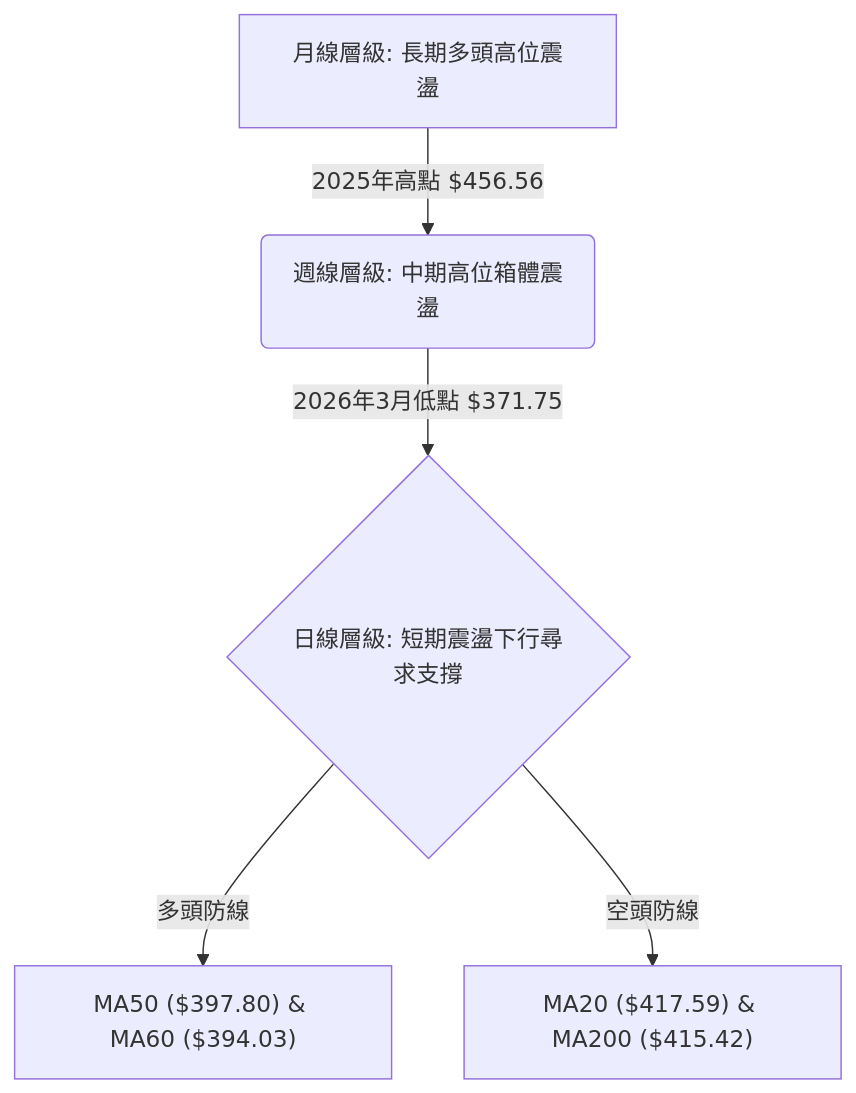
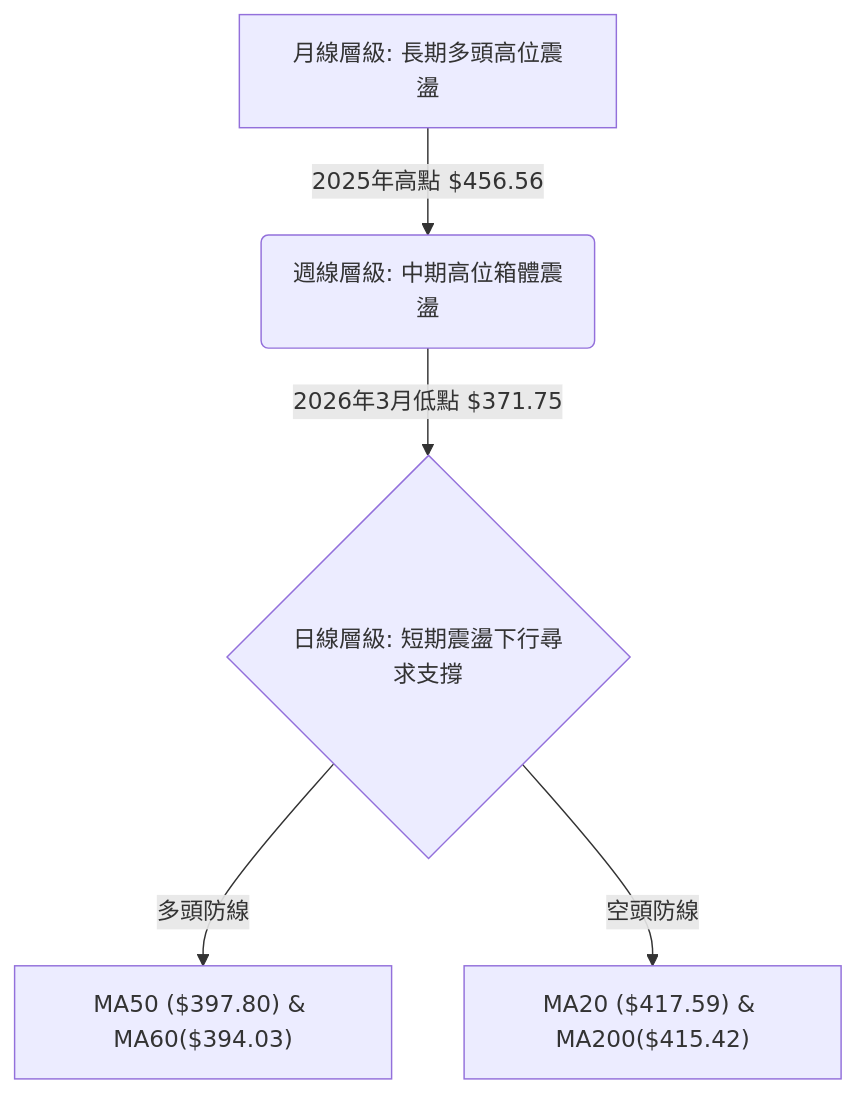
One commit to yennanliu/finance_data changed the second of 4 diagrams in ai_gen_report/stock/tsla/technical_analysis_2026-06-11_gemini.md. Above: the diagram before and after it, drawn with Mermaid. The commit also changed other lines of this file and 2258 other files, not shown here.

First line of the commit message:
chore: backfill Mermaid syntax repair across existing reports

````diff
--- a/ai_gen_report/stock/tsla/technical_analysis_2026-06-11_gemini.md
+++ b/ai_gen_report/stock/tsla/technical_analysis_2026-06-11_gemini.md
@@ -110,7 +110,7 @@
 ```mermaid
 graph TD
-    A[月線層級: 長期多頭高位震盪] -->|2025年高點 $456.56| B(週線層級: 中期高位箱體震盪)
-    B -->|2026年3月低點 $371.75| C{日線層級: 短期震盪下行尋求支撐}
-    C -->|多頭防線| D["MA50 ($397.80) & MA60 ($394.03)"]
-    C -->|空頭防線| E["MA20 ($417.59) & MA200 ($415.42)"]
+    A["月線層級: 長期多頭高位震盪"] -->|"2025年高點 $456.56"| B("週線層級: 中期高位箱體震盪")
+    B -->|"2026年3月低點 $371.75"| C{"日線層級: 短期震盪下行尋求支撐"}
+    C -->|"多頭防線"| D["MA50 ($397.80) & MA60($394.03)"]
+    C -->|"空頭防線"| E["MA20 ($417.59) & MA200($415.42)"]
 ```
````
